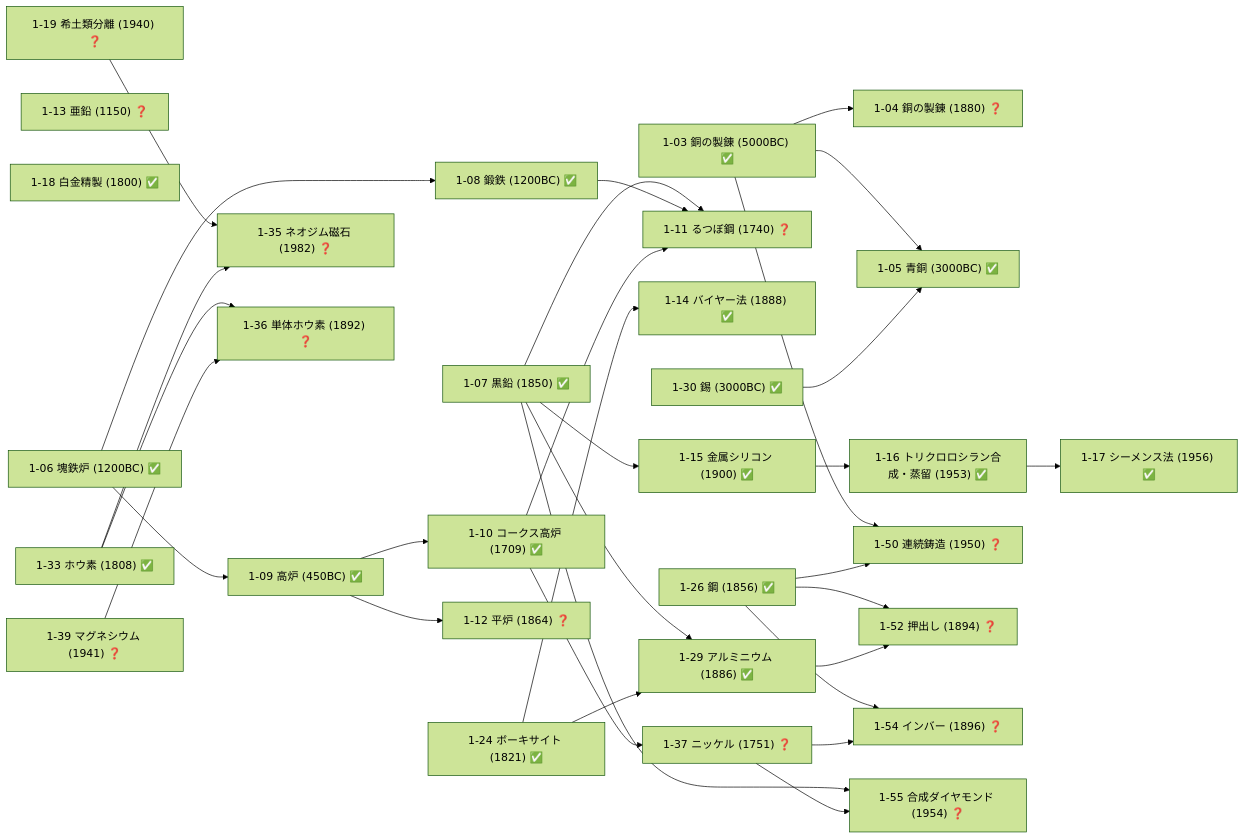
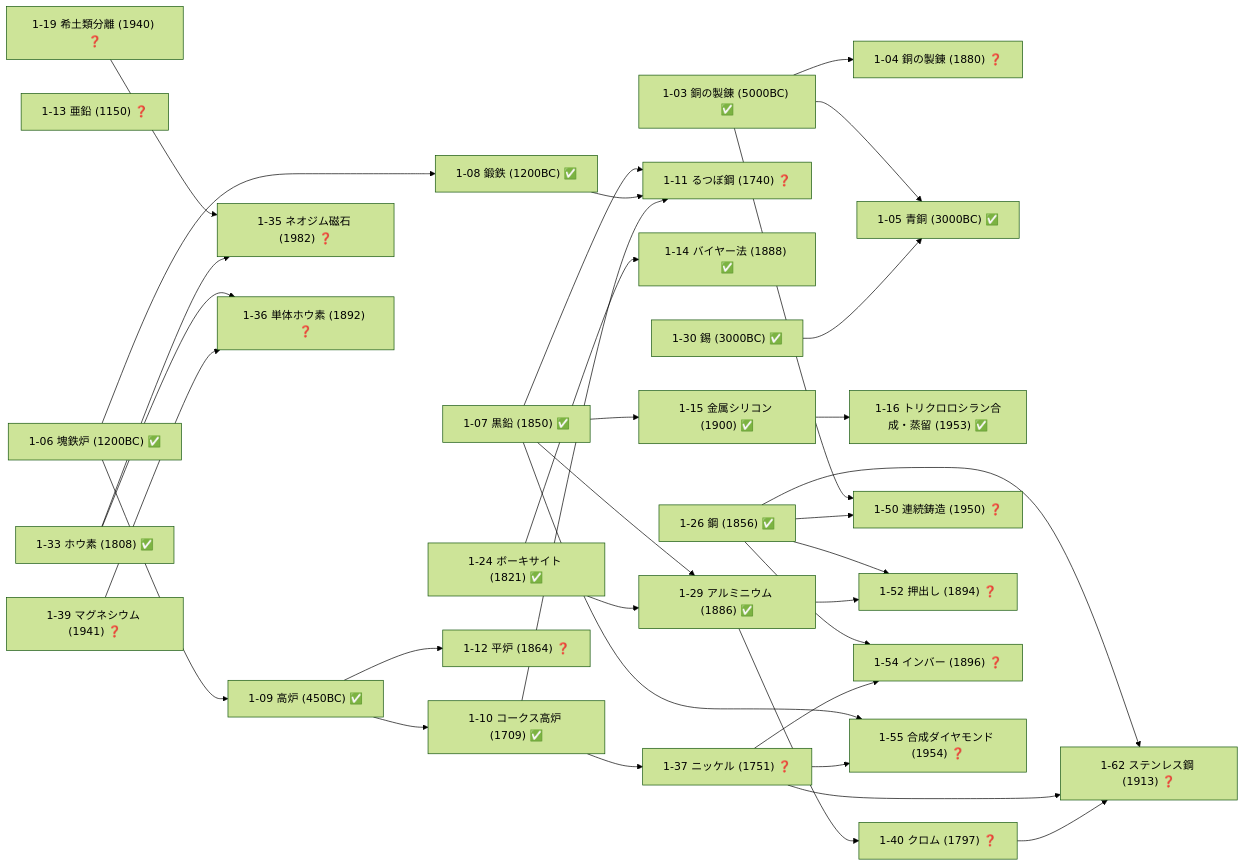
Before and after one commit to taku3i0317-collab/semiconductor-lab: the fourth of 19 diagrams in docs/TECH_TREE_VIEW.md, drawn with Mermaid (forest theme). The commit also changed other lines of this file and 8 other files, not shown here.

````diff
--- a/docs/TECH_TREE_VIEW.md
+++ b/docs/TECH_TREE_VIEW.md
@@ -176,62 +176,65 @@
 ```mermaid
 graph LR
   n1_03["1-03 銅の製錬 (5000BC) ✅"]
   n1_04["1-04 銅の製錬 (1880) ❓"]
   n1_05["1-05 青銅 (3000BC) ✅"]
   n1_06["1-06 塊鉄炉 (1200BC) ✅"]
   n1_07["1-07 黒鉛 (1850) ✅"]
   n1_08["1-08 鍛鉄 (1200BC) ✅"]
   n1_09["1-09 高炉 (450BC) ✅"]
   n1_10["1-10 コークス高炉 (1709) ✅"]
   n1_11["1-11 るつぼ鋼 (1740) ❓"]
   n1_12["1-12 平炉 (1864) ❓"]
   n1_13["1-13 亜鉛 (1150) ❓"]
   n1_14["1-14 バイヤー法 (1888) ✅"]
   n1_15["1-15 金属シリコン (1900) ✅"]
   n1_16["1-16 トリクロロシラン合成・蒸留 (1953) ✅"]
-  n1_17["1-17 シーメンス法 (1956) ✅"]
-  n1_18["1-18 白金精製 (1800) ✅"]
   n1_19["1-19 希土類分離 (1940) ❓"]
   n1_24["1-24 ボーキサイト (1821) ✅"]
   n1_26["1-26 鋼 (1856) ✅"]
   n1_29["1-29 アルミニウム (1886) ✅"]
   n1_30["1-30 錫 (3000BC) ✅"]
   n1_33["1-33 ホウ素 (1808) ✅"]
   n1_35["1-35 ネオジム磁石 (1982) ❓"]
   n1_36["1-36 単体ホウ素 (1892) ❓"]
   n1_37["1-37 ニッケル (1751) ❓"]
   n1_39["1-39 マグネシウム (1941) ❓"]
+  n1_40["1-40 クロム (1797) ❓"]
   n1_50["1-50 連続鋳造 (1950) ❓"]
   n1_52["1-52 押出し (1894) ❓"]
   n1_54["1-54 インバー (1896) ❓"]
   n1_55["1-55 合成ダイヤモンド (1954) ❓"]
+  n1_62["1-62 ステンレス鋼 (1913) ❓"]
   n1_03-->n1_04
   n1_03-->n1_05
   n1_30-->n1_05
   n1_06-->n1_08
   n1_06-->n1_09
   n1_09-->n1_10
   n1_07-->n1_11
   n1_08-->n1_11
   n1_10-->n1_11
   n1_09-->n1_12
   n1_24-->n1_14
   n1_07-->n1_15
   n1_15-->n1_16
-  n1_16-->n1_17
   n1_07-->n1_29
   n1_24-->n1_29
   n1_19-->n1_35
   n1_33-->n1_35
   n1_33-->n1_36
   n1_39-->n1_36
   n1_10-->n1_37
+  n1_29-->n1_40
   n1_03-->n1_50
   n1_26-->n1_50
   n1_26-->n1_52
   n1_29-->n1_52
   n1_26-->n1_54
   n1_37-->n1_54
   n1_07-->n1_55
   n1_37-->n1_55
+  n1_26-->n1_62
+  n1_37-->n1_62
+  n1_40-->n1_62
 ```
````
